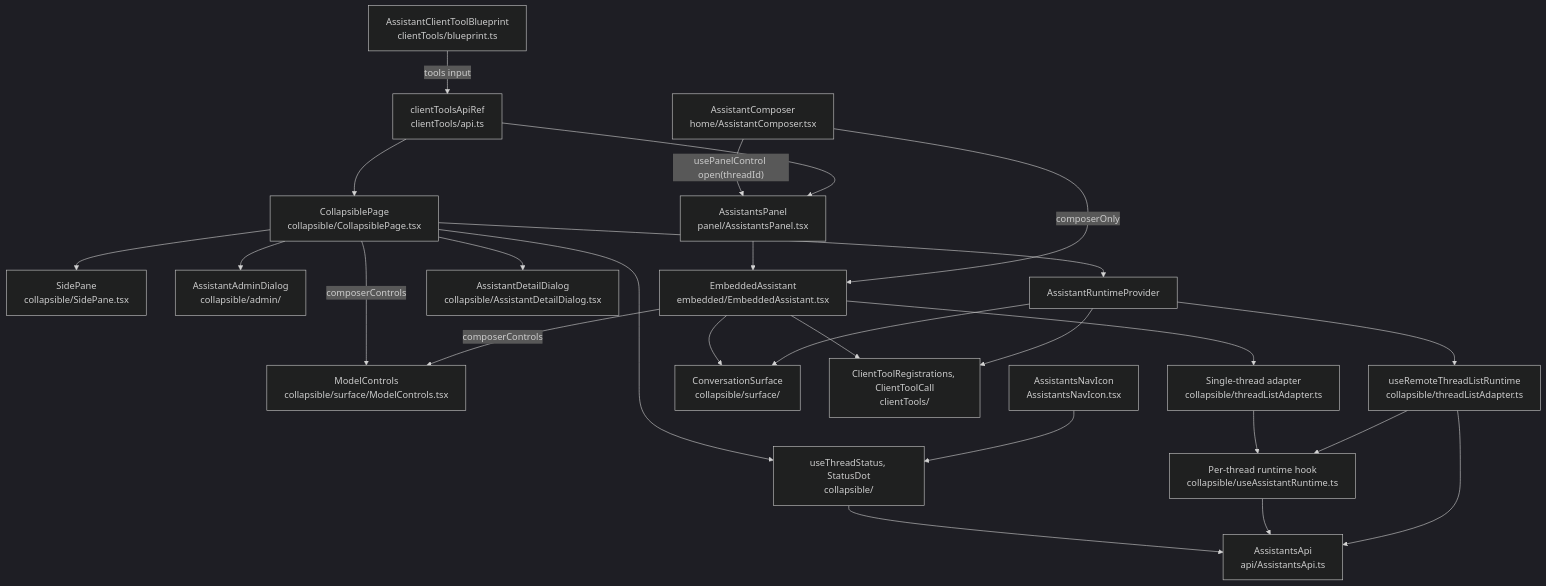
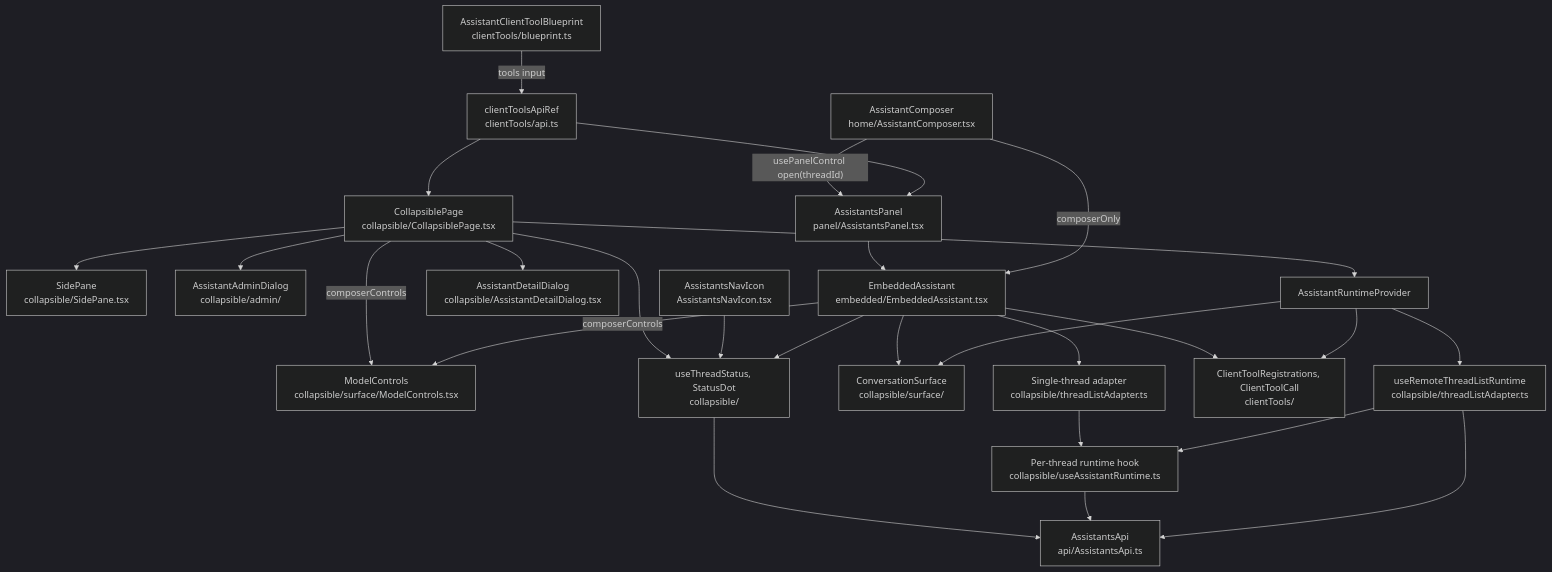
One commit to drewswiredin/backstage-assistants changed the sixth of 8 diagrams in docs/architecture.md. Above: the diagram before and after it, drawn with Mermaid (dark theme). The commit also changed other lines of this file and 5 other files, not shown here.

````diff
--- a/docs/architecture.md
+++ b/docs/architecture.md
@@ -366,47 +366,48 @@
 ```mermaid
 flowchart TB
   CP["CollapsiblePage\ncollapsible/CollapsiblePage.tsx"]
   SP["SidePane\ncollapsible/SidePane.tsx"]
   MC["ModelControls\ncollapsible/surface/ModelControls.tsx"]
   AD["AssistantAdminDialog\ncollapsible/admin/"]
   RP["AssistantRuntimeProvider"]
   RL["useRemoteThreadListRuntime\ncollapsible/threadListAdapter.ts"]
   RH["Per-thread runtime hook\ncollapsible/useAssistantRuntime.ts"]
   CS["ConversationSurface\ncollapsible/surface/"]
   API["AssistantsApi\napi/AssistantsApi.ts"]
   DD["AssistantDetailDialog\ncollapsible/AssistantDetailDialog.tsx"]
   TS["useThreadStatus, StatusDot\ncollapsible/"]
   CT["ClientToolRegistrations, ClientToolCall\nclientTools/"]
   BP["AssistantClientToolBlueprint\nclientTools/blueprint.ts"]
   NI["AssistantsNavIcon\nAssistantsNavIcon.tsx"]
   PN["AssistantsPanel\npanel/AssistantsPanel.tsx"]
   HC["AssistantComposer\nhome/AssistantComposer.tsx"]
   EA["EmbeddedAssistant\nembedded/EmbeddedAssistant.tsx"]
   SA["Single-thread adapter\ncollapsible/threadListAdapter.ts"]
   CA["clientToolsApiRef\nclientTools/api.ts"]
   PN --> EA
   HC -->|"composerOnly"| EA
   HC -->|"usePanelControl open(threadId)"| PN
   EA --> SA
   SA --> RH
   EA --> CT
   EA --> CS
   CA --> PN
   CP --> SP
   CP --> DD
   CP --> TS
   NI --> TS
+  EA --> TS
   RP --> CT
   BP -->|"tools input"| CA
   CA --> CP
   TS --> API
   CP -->|"composerControls"| MC
   EA -->|"composerControls"| MC
   CP --> AD
   CP --> RP
   RP --> RL
   RL --> RH
   RP --> CS
   RH --> API
   RL --> API
 ```
````
